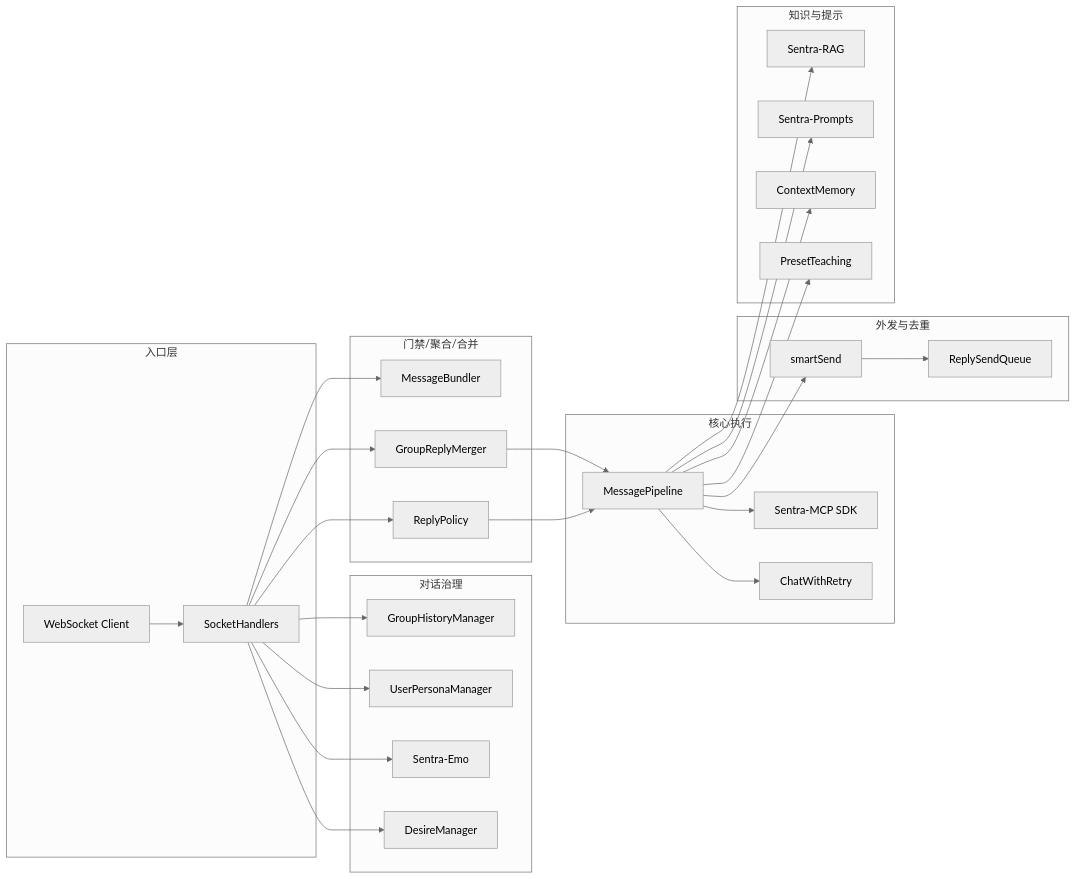
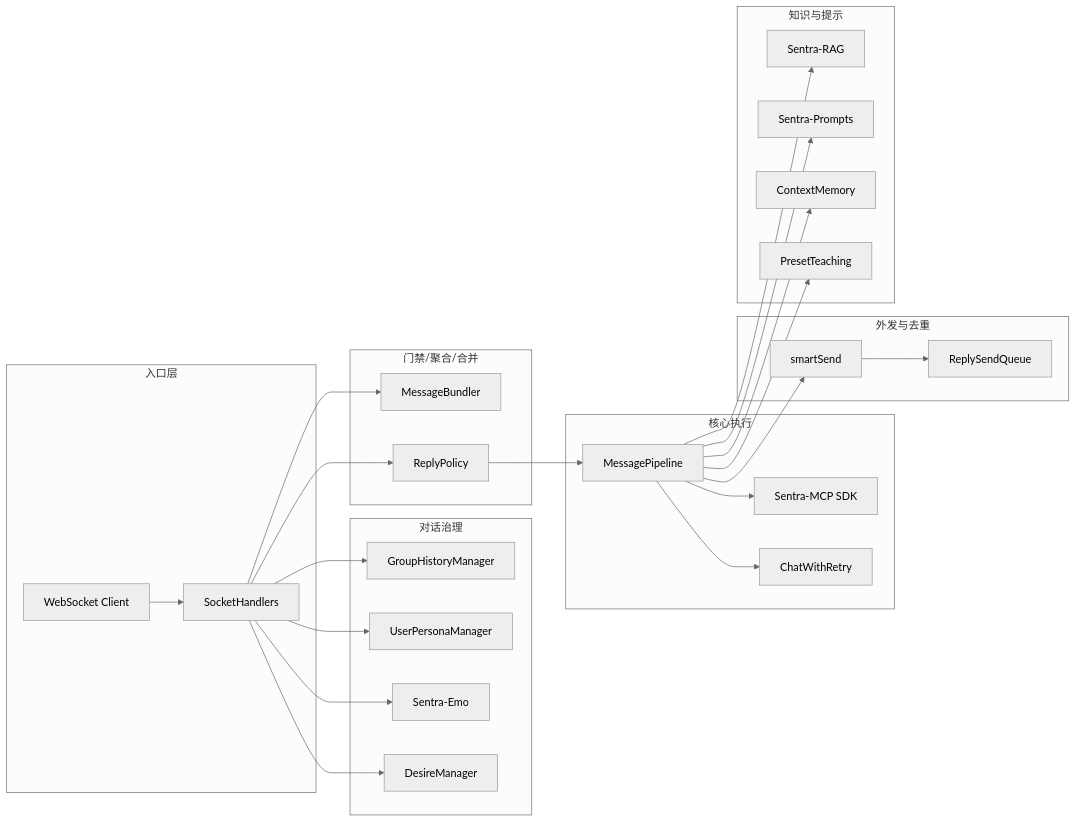
The fourth of 4 diagrams in README.md (xwdqy/Sentra-Agent), drawn with Mermaid (neutral theme) before and after one commit. The commit also changed other lines of this file and 507 other files, not shown here.

````diff
--- a/README.md
+++ b/README.md
@@ -359,57 +354,54 @@
 ```mermaid
 flowchart LR
   subgraph Entry[入口层]
     WS[WebSocket Client]
     SH[SocketHandlers]
   end
 
   subgraph Governance[对话治理]
     HM[GroupHistoryManager]
     PM[UserPersonaManager]
     EM[Sentra-Emo]
     DM[DesireManager]
   end
 
   subgraph Control[门禁/聚合/合并]
     MB[MessageBundler]
     RP[ReplyPolicy]
-    GM[GroupReplyMerger]
   end
 
   subgraph Core[核心执行]
     MP[MessagePipeline]
     MCP[Sentra-MCP SDK]
     CWR[ChatWithRetry]
   end
 
   subgraph Output[外发与去重]
     SQ[ReplySendQueue]
     SEND[smartSend]
   end
 
   subgraph Knowledge[知识与提示]
     RAG[Sentra-RAG]
     PR[Sentra-Prompts]
     CM[ContextMemory]
     PT[PresetTeaching]
   end
 
   WS --> SH
   SH --> HM
   SH --> PM
   SH --> EM
   SH --> DM
   SH --> MB
   SH --> RP
-  SH --> GM
-  GM --> MP
   RP --> MP
   MP --> MCP
   MP --> CWR
   MP --> RAG
   MP --> PR
   MP --> CM
   MP --> PT
   MP --> SEND
   SEND --> SQ
 ```
````
